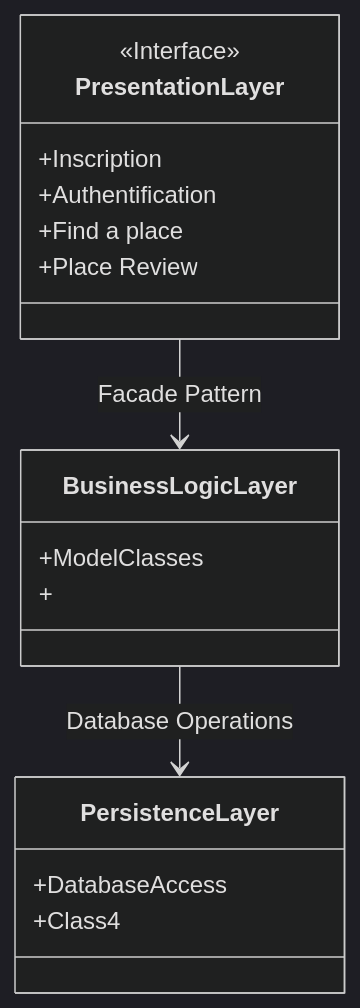
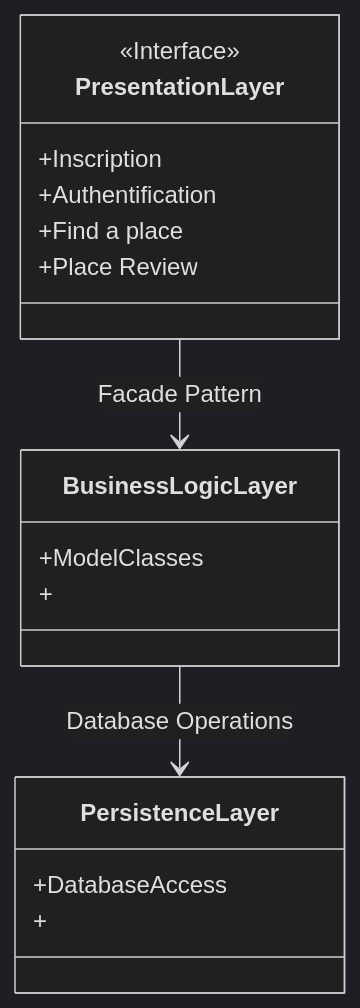
One commit to AnneCecile2935/holbertonschool-hbnb changed the diagram in part1/README.md. Above: the diagram before and after it, drawn with Mermaid (dark theme).

````diff
--- a/part1/README.md
+++ b/part1/README.md
@@ -3,20 +3,20 @@
 ```mermaid
 classDiagram
 class PresentationLayer {
     <<Interface>>
     +Inscription
 	+Authentification
 	+Find a place
 	+Place Review
 }
 class BusinessLogicLayer {
     +ModelClasses
     +
 }
 class PersistenceLayer {
     +DatabaseAccess
-    +Class4
+    +
 }
 PresentationLayer --> BusinessLogicLayer : Facade Pattern
 BusinessLogicLayer --> PersistenceLayer : Database Operations
 ```
````
